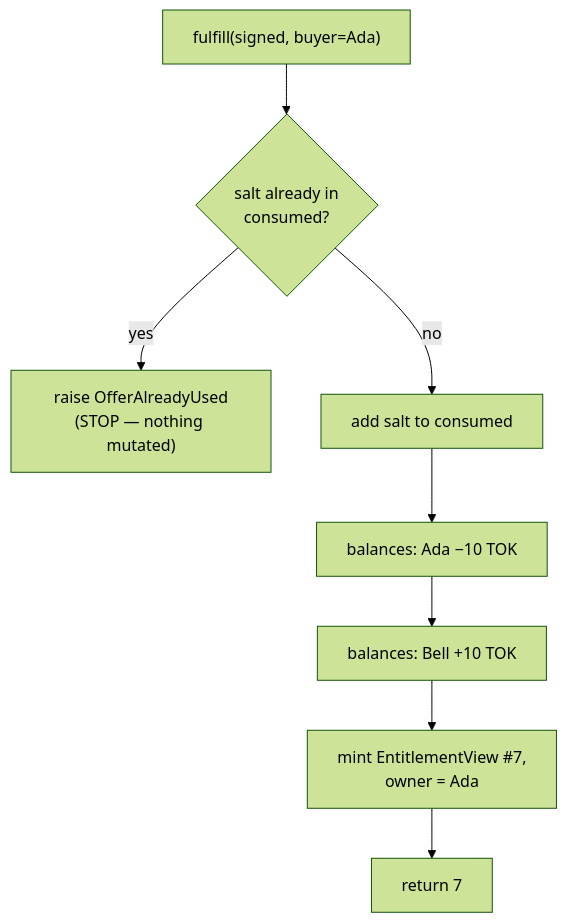
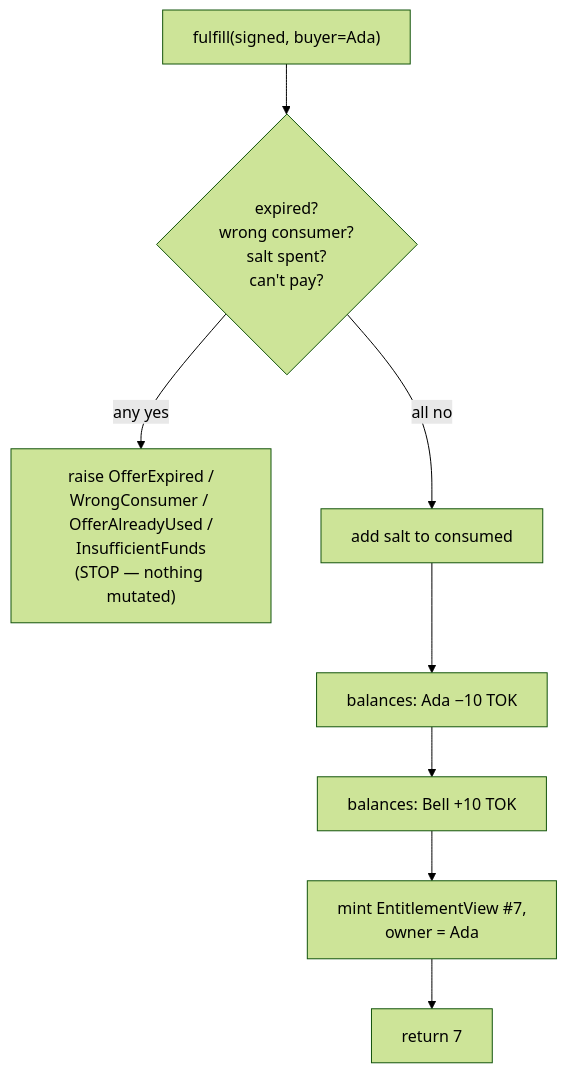
The fourth of 8 diagrams in docs/03c-skeleton-walkthrough.md (musel25/a2a-tokenized-provisioning), drawn with Mermaid (forest theme) before and after one commit. The commit also changed other lines of this file and 7 other files, not shown here.

````diff
--- a/docs/03c-skeleton-walkthrough.md
+++ b/docs/03c-skeleton-walkthrough.md
@@ -179,10 +179,10 @@
 ```mermaid
 flowchart TD
-    A["fulfill(signed, buyer=Ada)"] --> B{"salt already in<br/>consumed?"}
-    B -->|"yes"| R["raise OfferAlreadyUsed<br/>(STOP — nothing mutated)"]
-    B -->|"no"| C["add salt to consumed"]
+    A["fulfill(signed, buyer=Ada)"] --> B{"expired?<br/>wrong consumer?<br/>salt spent?<br/>can't pay?"}
+    B -->|"any yes"| R["raise OfferExpired /<br/>WrongConsumer / OfferAlreadyUsed /<br/>InsufficientFunds<br/>(STOP — nothing mutated)"]
+    B -->|"all no"| C["add salt to consumed"]
     C --> D["balances: Ada −10 TOK"]
     D --> E["balances: Bell +10 TOK"]
     E --> F["mint EntitlementView #7,<br/>owner = Ada"]
     F --> G["return 7"]
 ```
````
